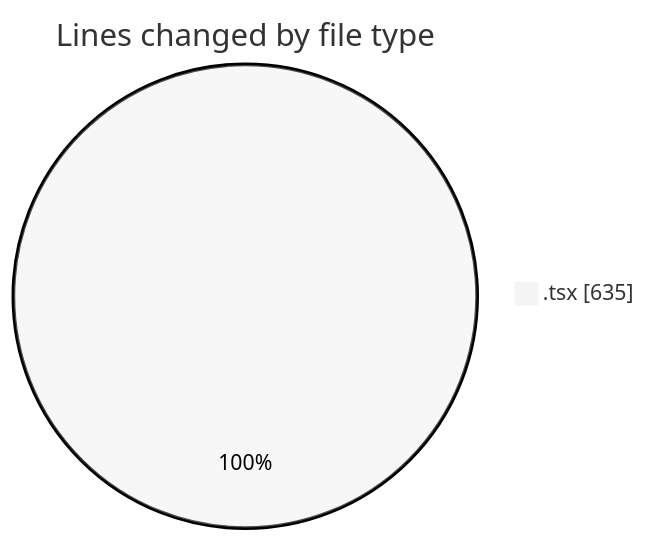
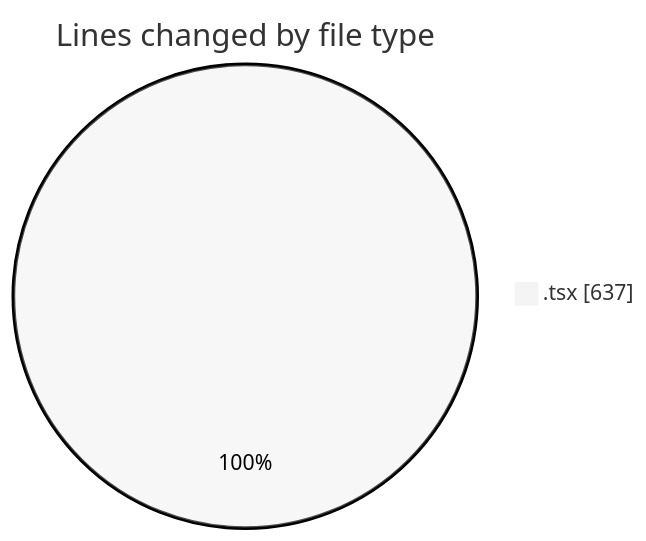
One commit to momahboobian/code-tracking changed the first of 2 diagrams in 2025-11-11/cda/README.md. Above: the diagram before and after it, drawn with Mermaid (neutral theme). The commit also changed other lines of this file and 1 other file, not shown here.

````diff
--- a/2025-11-11/cda/README.md
+++ b/2025-11-11/cda/README.md
@@ -22,5 +22,5 @@
 ```mermaid
 pie showData
 title Lines changed by file type
-".tsx" : 635
+".tsx" : 637
 ```
````
